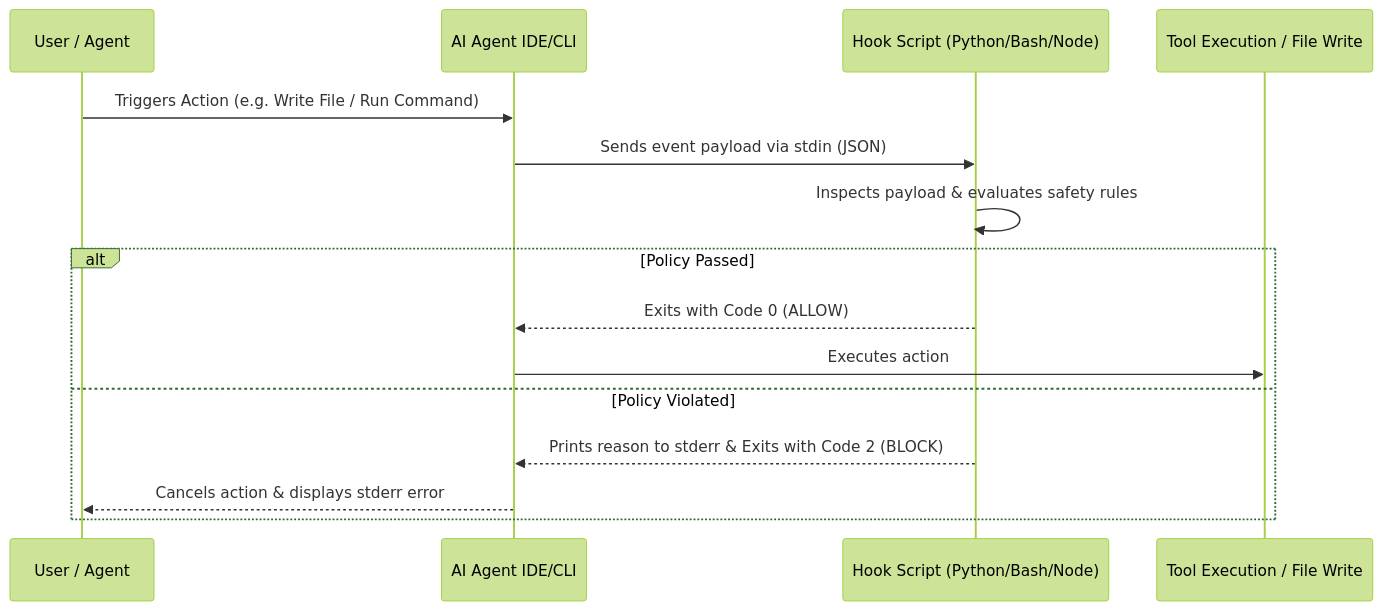
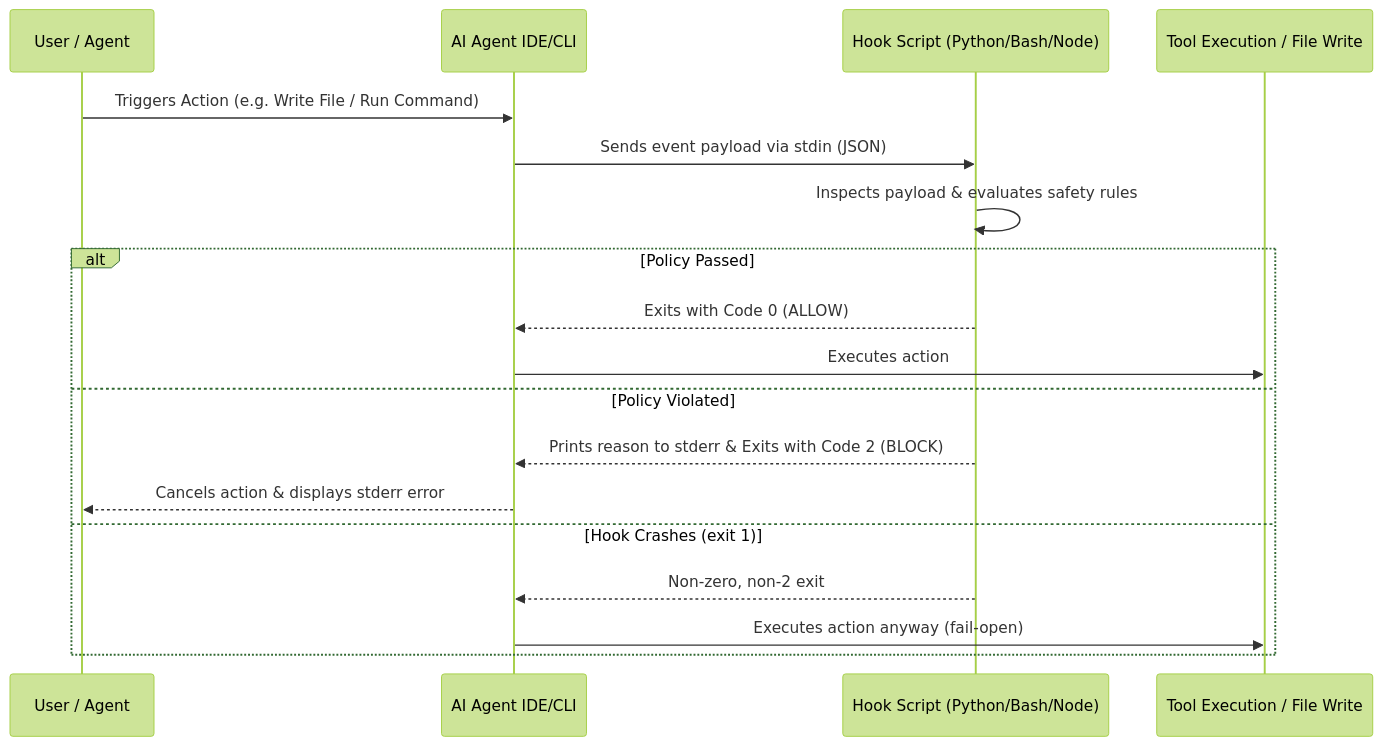
Before and after one commit to shmulc8/captain-hook: the diagram in skills/captain-hook/SKILL.md, drawn with Mermaid (forest theme). The commit also changed other lines of this file and 5 other files, not shown here.

````diff
--- a/skills/captain-hook/SKILL.md
+++ b/skills/captain-hook/SKILL.md
@@ -16,18 +16,21 @@
 ```mermaid
 sequenceDiagram
     participant User as User / Agent
     participant Host as AI Agent IDE/CLI
     participant Hook as Hook Script (Python/Bash/Node)
     participant Action as Tool Execution / File Write
 
     User->>Host: Triggers Action (e.g. Write File / Run Command)
     Host->>Hook: Sends event payload via stdin (JSON)
     Hook->>Hook: Inspects payload & evaluates safety rules
     alt Policy Passed
         Hook-->>Host: Exits with Code 0 (ALLOW)
         Host->>Action: Executes action
     else Policy Violated
         Hook-->>Host: Prints reason to stderr & Exits with Code 2 (BLOCK)
         Host-->>User: Cancels action & displays stderr error
+    else Hook Crashes (exit 1)
+        Hook-->>Host: Non-zero, non-2 exit
+        Host->>Action: Executes action anyway (fail-open)
     end
 ```
````
